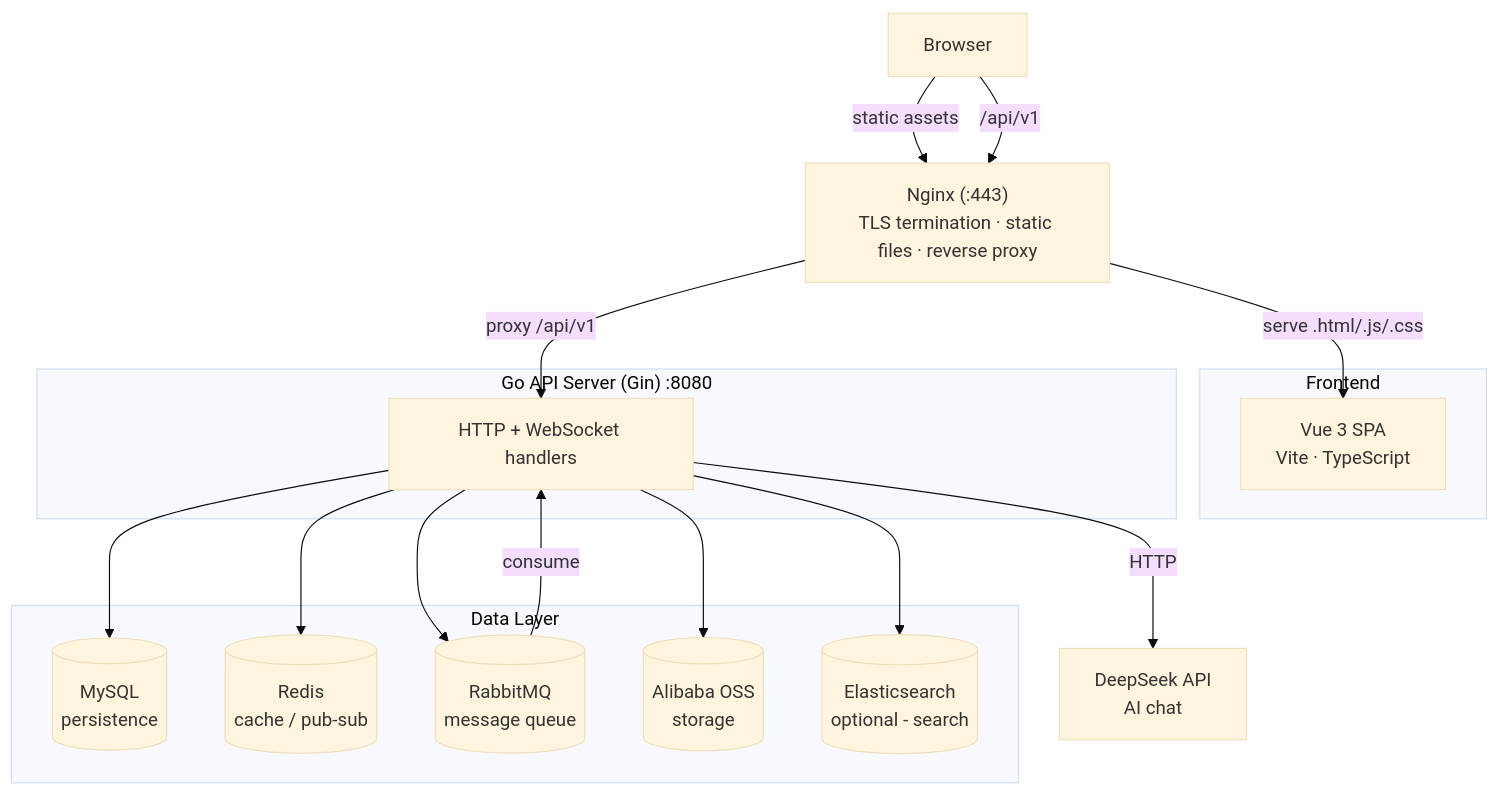
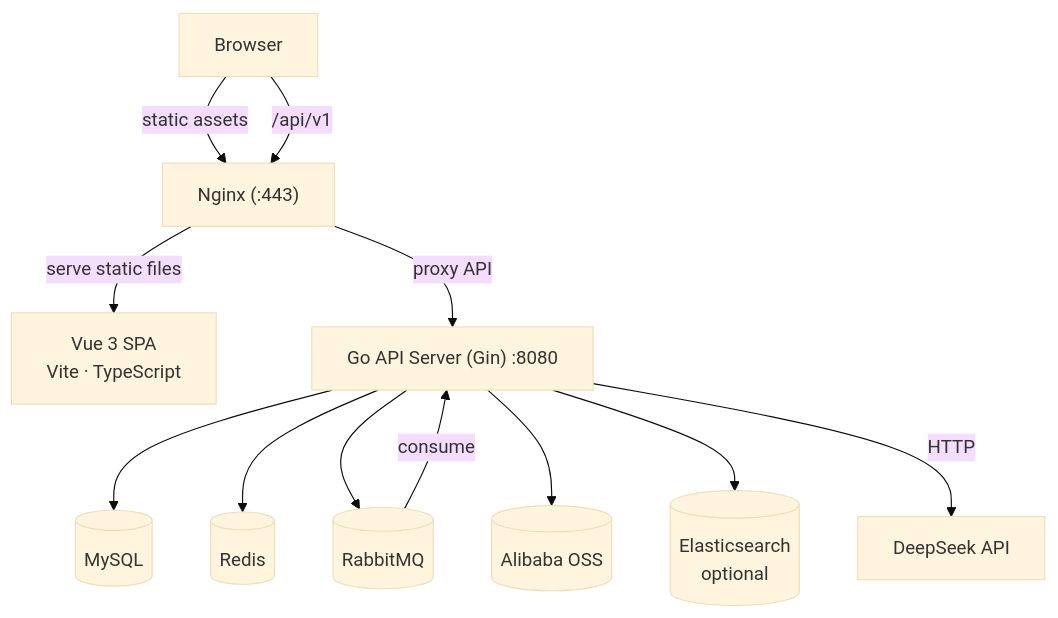
One commit to earthcake2233/cakecake changed the first of 4 diagrams in docs/ARCHITECTURE.md. Above: the diagram before and after it, drawn with Mermaid (base theme). The commit also changed other lines of this file, not shown here.

Commit message:
fix: remove subgraph styling from architecture diagram

````diff
--- a/docs/ARCHITECTURE.md
+++ b/docs/ARCHITECTURE.md
@@ -7,35 +7,27 @@
 ```mermaid
 graph TB
     Browser["Browser"]
-    Nginx["Nginx (:443)<br/>TLS termination · static files · reverse proxy"]
+    Nginx["Nginx (:443)"]
 
-    subgraph Frontend["Frontend"]
-        Vue["Vue 3 SPA<br/>Vite · TypeScript"]
-    end
+    Vue["Vue 3 SPA<br/>Vite · TypeScript"]
+    Gin["Go API Server (Gin) :8080"]
 
-    subgraph Backend["Go API Server (Gin) :8080"]
-        Gin["HTTP + WebSocket handlers"]
-    end
-
-    subgraph Data["Data Layer"]
-        MySQL[("MySQL<br/>persistence")]
-        Redis[("Redis<br/>cache / pub-sub")]
-        RMQ[("RabbitMQ<br/>message queue")]
-        OSS[("Alibaba OSS<br/>storage")]
-        ES[("Elasticsearch<br/>optional - search")]
-    end
-
-    DS["DeepSeek API<br/>AI chat"]
+    MySQL[("MySQL")]
+    Redis[("Redis")]
+    RMQ[("RabbitMQ")]
+    OSS[("Alibaba OSS")]
+    ES[("Elasticsearch<br/>optional")]
+    DS["DeepSeek API"]
 
     Browser -->|static assets| Nginx
     Browser -->|/api/v1| Nginx
-    Nginx -->|serve .html/.js/.css| Vue
-    Nginx -->|proxy /api/v1| Gin
+    Nginx -->|serve static files| Vue
+    Nginx -->|proxy API| Gin
     Gin --> MySQL
     Gin --> Redis
     Gin --> RMQ
     Gin --> OSS
     Gin --> ES
     Gin -->|HTTP| DS
     RMQ -->|consume| Gin
 ```
````
